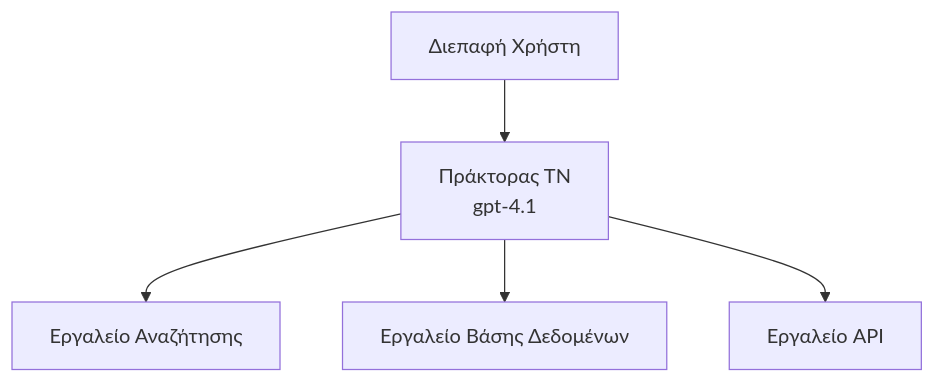
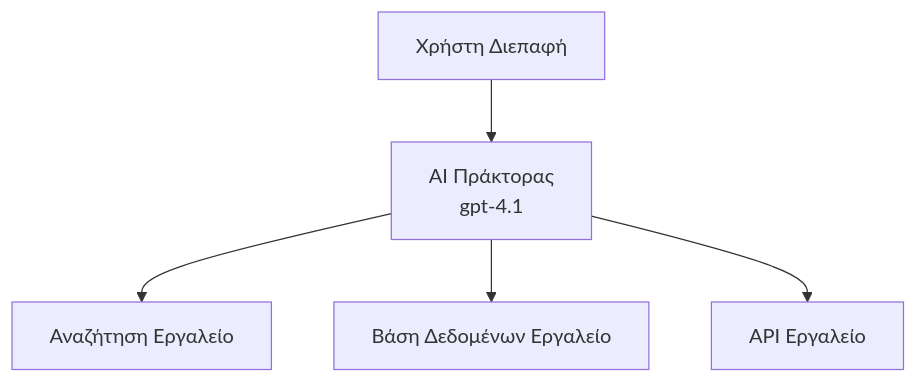
Before and after one commit to microsoft/AZD-for-beginners: the first of 3 diagrams in translations/el/docs/chapter-02-ai-development/agents.md, drawn with Mermaid. The commit also changed other lines of this file and 101 other files, not shown here.

````diff
--- a/translations/el/docs/chapter-02-ai-development/agents.md
+++ b/translations/el/docs/chapter-02-ai-development/agents.md
@@ -152,7 +157,7 @@
 ```mermaid
 graph TD
-    UI[Διεπαφή Χρήστη] --> Agent[Πράκτορας ΤΝ<br/>gpt-4.1]
-    Agent --> Search[Εργαλείο Αναζήτησης]
-    Agent --> Database[Εργαλείο Βάσης Δεδομένων]
-    Agent --> API[Εργαλείο API]
+    UI[Χρήστη Διεπαφή] --> Agent[AI Πράκτορας<br/>gpt-4.1]
+    Agent --> Search[Αναζήτηση Εργαλείο]
+    Agent --> Database[Βάση Δεδομένων Εργαλείο]
+    Agent --> API[API Εργαλείο]
 ```
````
